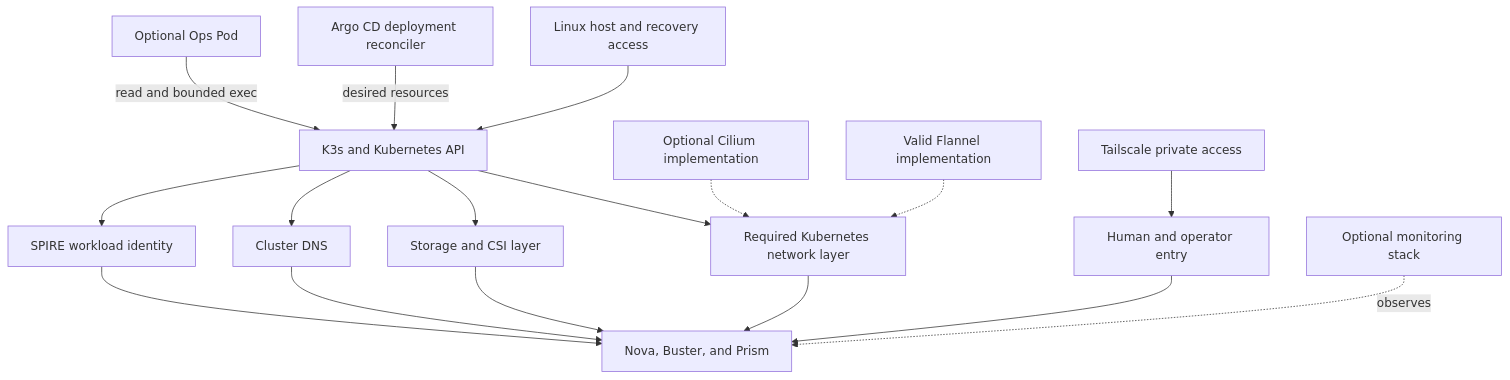
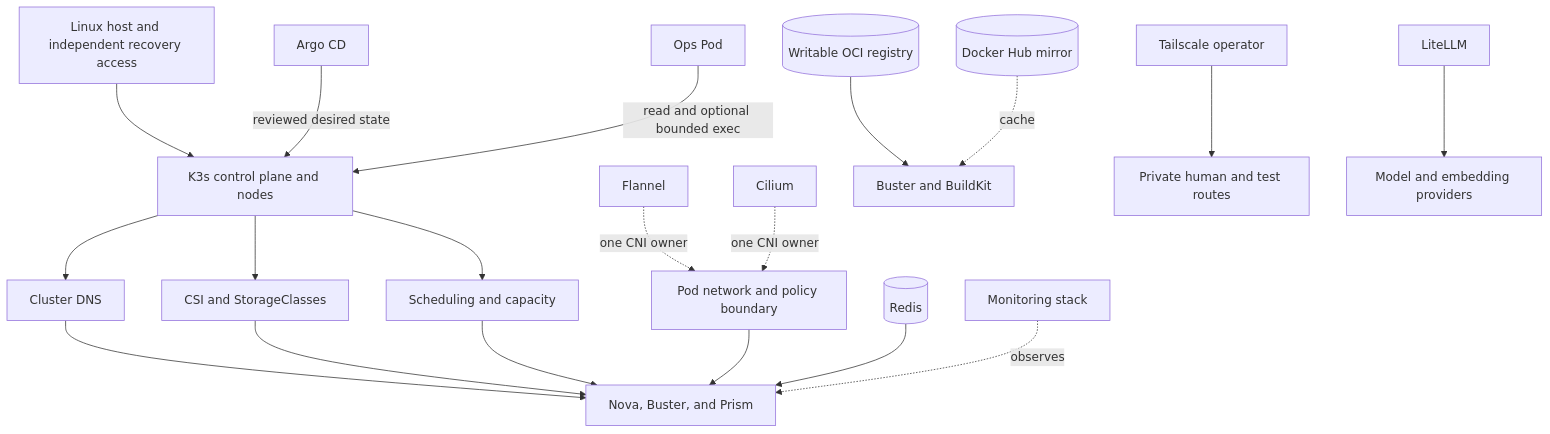
Before and after one commit to datrab/kubeclaw: the diagram in docs/site/understand/platform-and-operations.md, drawn with Mermaid. The commit also changed other lines of this file and 22 other files, not shown here.

Commit message:
docs: complete AP09 lint and platform architecture

````diff
--- a/docs/site/understand/platform-and-operations.md
+++ b/docs/site/understand/platform-and-operations.md
@@ -26,19 +50,21 @@
 ```mermaid
 flowchart TB
-    Host[Linux host and recovery access] --> K3s[K3s and Kubernetes API]
-    K3s --> Network[Required Kubernetes network layer]
-    Cilium[Optional Cilium implementation] -.-> Network
-    Flannel[Valid Flannel implementation] -.-> Network
-    K3s --> Storage[Storage and CSI layer]
+    Host[Linux host and independent recovery access] --> K3s[K3s control plane and nodes]
     K3s --> DNS[Cluster DNS]
-    Argo[Argo CD deployment reconciler] -->|desired resources| K3s
-    K3s --> SPIRE[SPIRE workload identity]
-    Network --> Runtime[Nova, Buster, and Prism]
+    K3s --> Storage[CSI and StorageClasses]
+    K3s --> Scheduler[Scheduling and capacity]
+    Flannel[Flannel] -. one CNI owner .-> Network[Pod network and policy boundary]
+    Cilium[Cilium] -. one CNI owner .-> Network
+    Argo[Argo CD] -->|reviewed desired state| K3s
+    DNS --> Runtime[Nova, Buster, and Prism]
     Storage --> Runtime
-    DNS --> Runtime
-    SPIRE --> Runtime
-    Tail[Tailscale private access] --> User[Human and operator entry]
-    User --> Runtime
-    Ops[Optional Ops Pod] -->|read and bounded exec| K3s
-    Monitor[Optional monitoring stack] -.->|observes| Runtime
+    Scheduler --> Runtime
+    Network --> Runtime
+    Redis[(Redis)] --> Runtime
+    Registry[(Writable OCI registry)] --> Buster[Buster and BuildKit]
+    Mirror[(Docker Hub mirror)] -. cache .-> Buster
+    Tail[Tailscale operator] --> Entry[Private human and test routes]
+    Lite[LiteLLM] --> Models[Model and embedding providers]
+    Ops[Ops Pod] -->|read and optional bounded exec| K3s
+    Monitor[Monitoring stack] -. observes .-> Runtime
 ```
````
